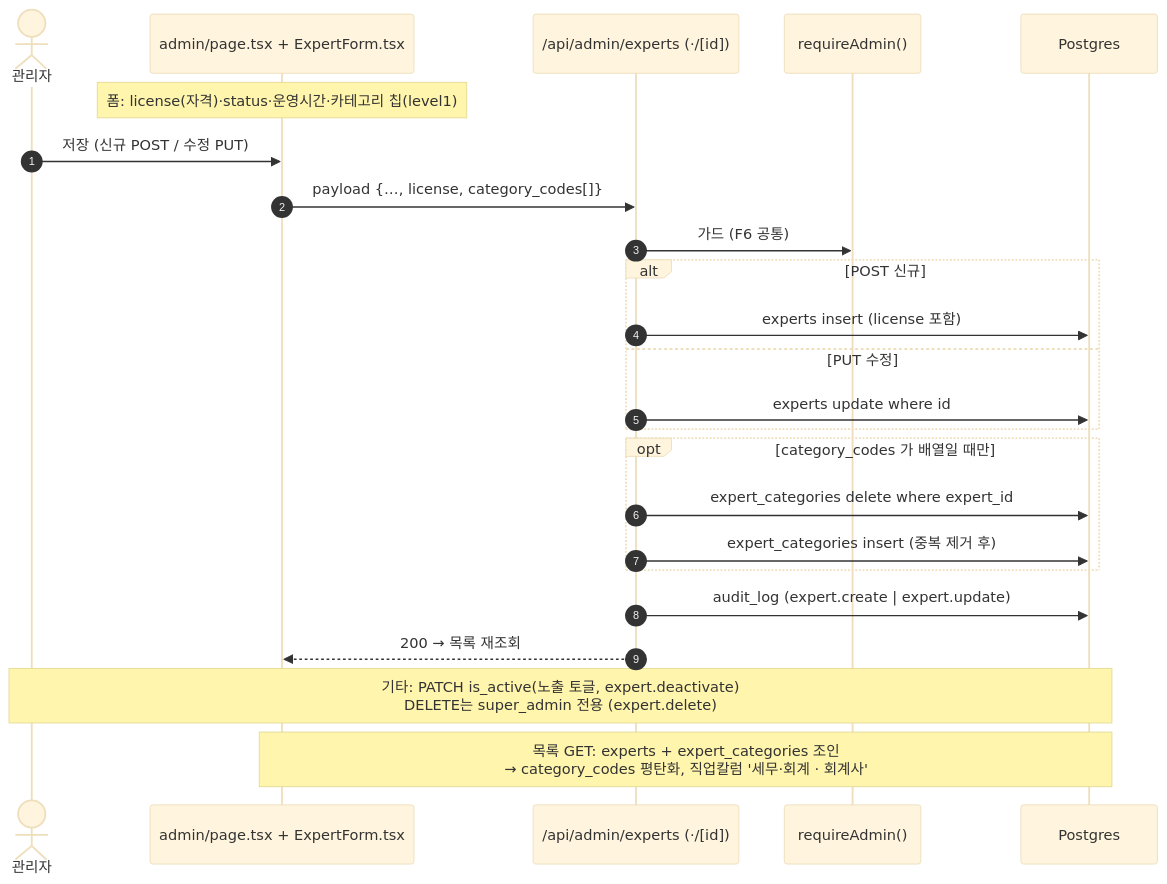
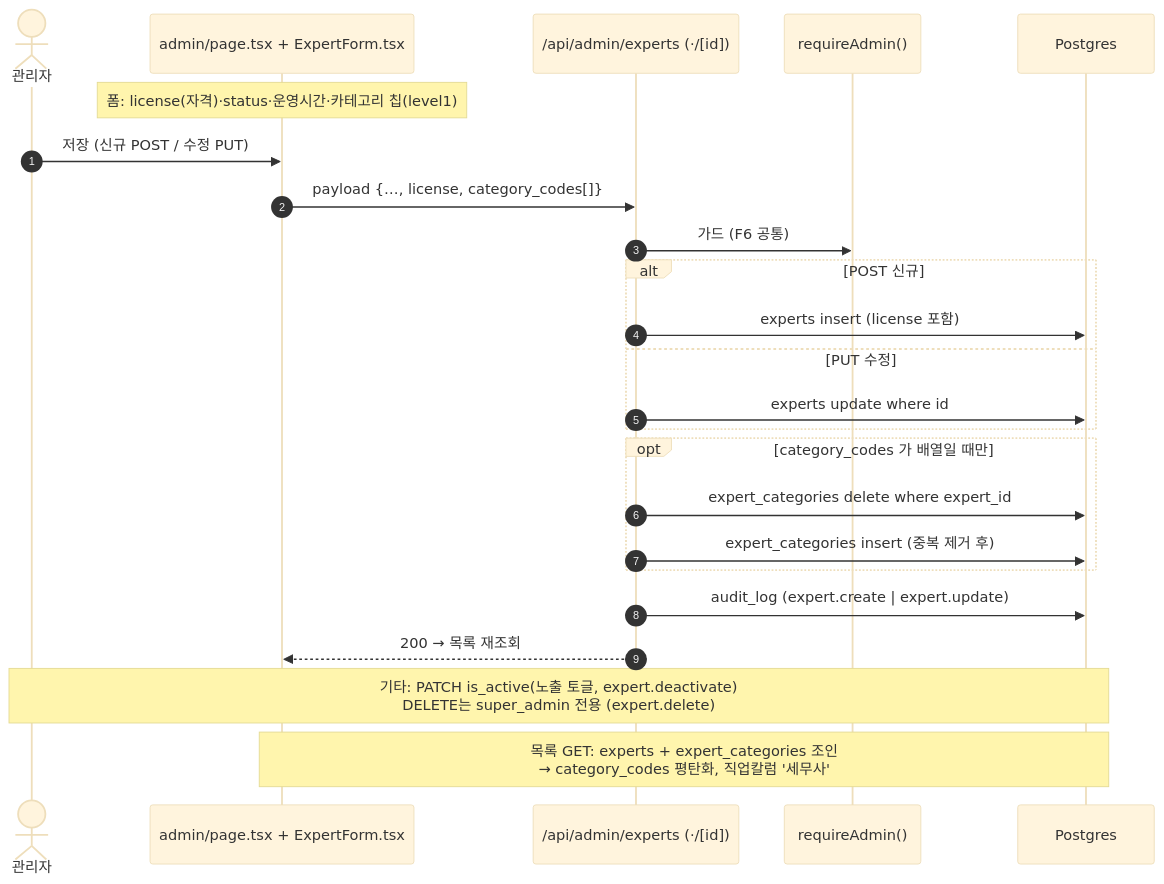
Before and after one commit to JamesjinKim/golgoru: the eighth of 10 diagrams in docs/02-design/system-sequences.design.md, drawn with Mermaid (base theme). The commit also changed other lines of this file and 10 other files, not shown here.

````diff
--- a/docs/02-design/system-sequences.design.md
+++ b/docs/02-design/system-sequences.design.md
@@ -314,29 +314,29 @@
 ```mermaid
 sequenceDiagram
   autonumber
   actor A as 관리자
   participant UI as admin/page.tsx + ExpertForm.tsx
   participant API as /api/admin/experts (·/[id])
   participant GRD as requireAdmin()
   participant DB as Postgres
 
   Note over UI: 폼: license(자격)·status·운영시간·카테고리 칩(level1)
 
   A->>UI: 저장 (신규 POST / 수정 PUT)
   UI->>API: payload {…, license, category_codes[]}
   API->>GRD: 가드 (F6 공통)
   alt POST 신규
     API->>DB: experts insert (license 포함)
   else PUT 수정
     API->>DB: experts update where id
   end
   opt category_codes 가 배열일 때만
     API->>DB: expert_categories delete where expert_id
     API->>DB: expert_categories insert (중복 제거 후)
   end
   API->>DB: audit_log (expert.create | expert.update)
   API-->>UI: 200 → 목록 재조회
 
   Note over A,DB: 기타: PATCH is_active(노출 토글, expert.deactivate)<br/>DELETE는 super_admin 전용 (expert.delete)
-  Note over UI,DB: 목록 GET: experts + expert_categories 조인<br/>→ category_codes 평탄화, 직업칼럼 '세무·회계 · 회계사'
+  Note over UI,DB: 목록 GET: experts + expert_categories 조인<br/>→ category_codes 평탄화, 직업칼럼 '세무사'
 ```
````
